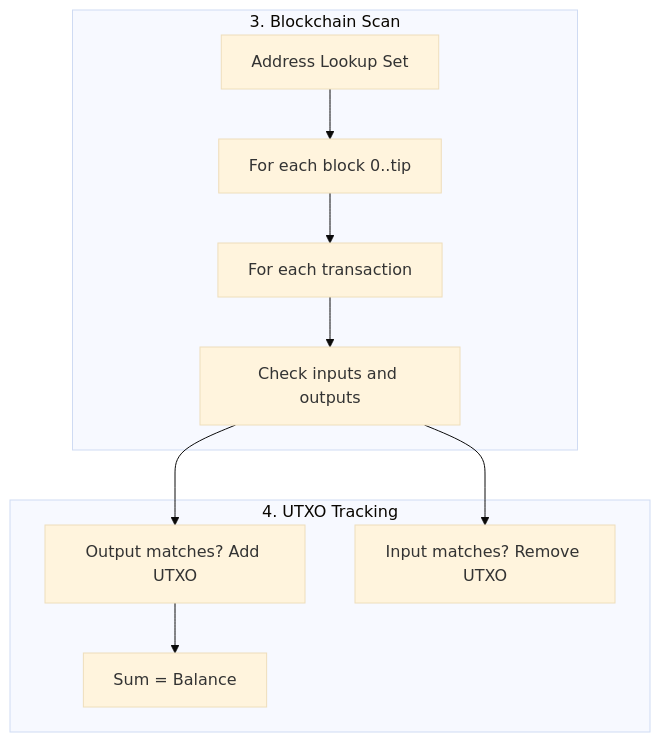
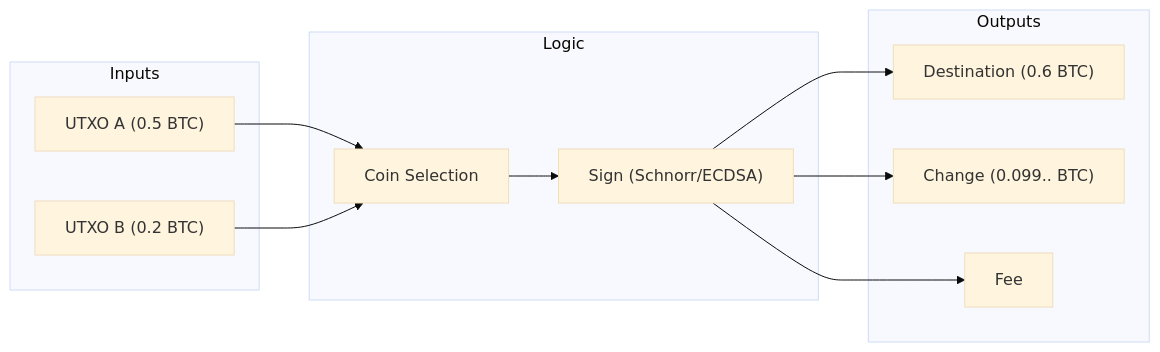
One commit to diegobianqui/BOSS_Syllabus changed the fourth of 4 diagrams in src/wallets.md. Above: the diagram before and after it, drawn with Mermaid (base theme). The commit also changed other lines of this file and 3 other files, not shown here.

````diff
--- a/src/wallets.md
+++ b/src/wallets.md
@@ -112,14 +126,25 @@
 ```mermaid
-graph TD
-    subgraph Scan["3. Blockchain Scan"]
-        SET["Address Lookup Set"] --> BLOCK["For each block 0..tip"]
-        BLOCK --> TX["For each transaction"]
-        TX --> CHECK["Check inputs and outputs"]
+graph LR
+    subgraph Inputs
+        UTXO1["UTXO A (0.5 BTC)"]
+        UTXO2["UTXO B (0.2 BTC)"]
     end
     
-    subgraph Track["4. UTXO Tracking"]
-        CHECK --> RECV["Output matches? Add UTXO"]
-        CHECK --> SPEND["Input matches? Remove UTXO"]
-        RECV --> BAL["Sum = Balance"]
+    subgraph Logic
+        SEL["Coin Selection"]
+        SIGN["Sign (Schnorr/ECDSA)"]
     end
+    
+    subgraph Outputs
+        DEST["Destination (0.6 BTC)"]
+        CHANGE["Change (0.099.. BTC)"]
+        FEE["Fee"]
+    end
+    
+    UTXO1 --> SEL
+    UTXO2 --> SEL
+    SEL --> SIGN
+    SIGN --> DEST
+    SIGN --> CHANGE
+    SIGN --> FEE
 ```
````
